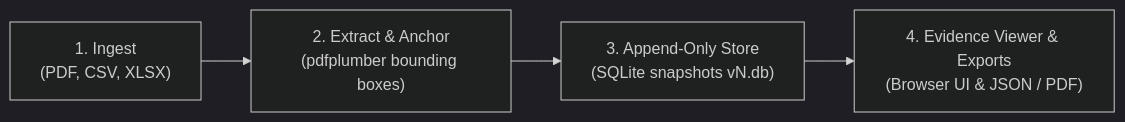
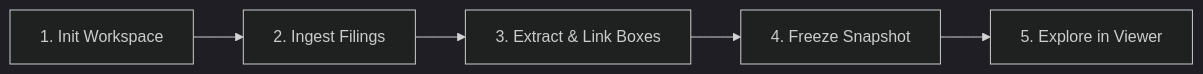
The second of 2 diagrams in README.md (GoCarbonTracker/go-carbon-tracker), drawn with Mermaid (dark theme) before and after one commit. The commit also changed other lines of this file, not shown here.

Commit message:
docs: restore full professional README with streamlined horizontal diagrams and centered logo

````diff
--- a/README.md
+++ b/README.md
@@ -98,6 +57,7 @@
 ```mermaid
 flowchart LR
-    A["1. Ingest<br/>(PDF, CSV, XLSX)"] --> B["2. Extract & Anchor<br/>(pdfplumber bounding boxes)"]
-    B --> C["3. Append-Only Store<br/>(SQLite snapshots vN.db)"]
-    C --> D["4. Evidence Viewer & Exports<br/>(Browser UI & JSON / PDF)"]
+    A["1. Init Workspace"] --> B["2. Ingest Filings"]
+    B --> C["3. Extract & Link Boxes"]
+    C --> D["4. Freeze Snapshot"]
+    D --> E["5. Explore in Viewer"]
 ```
````
